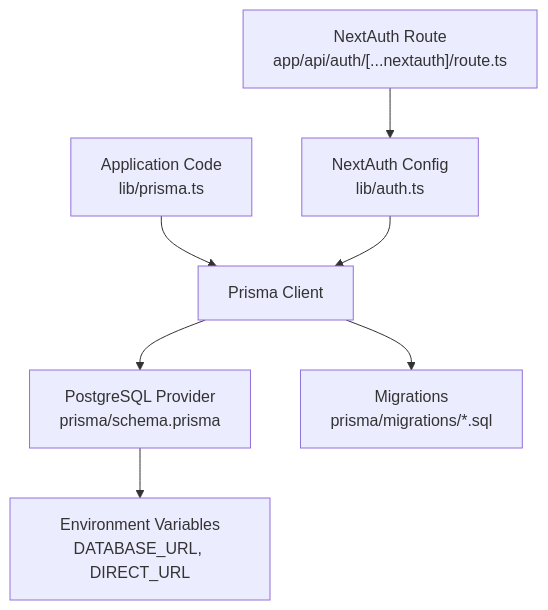
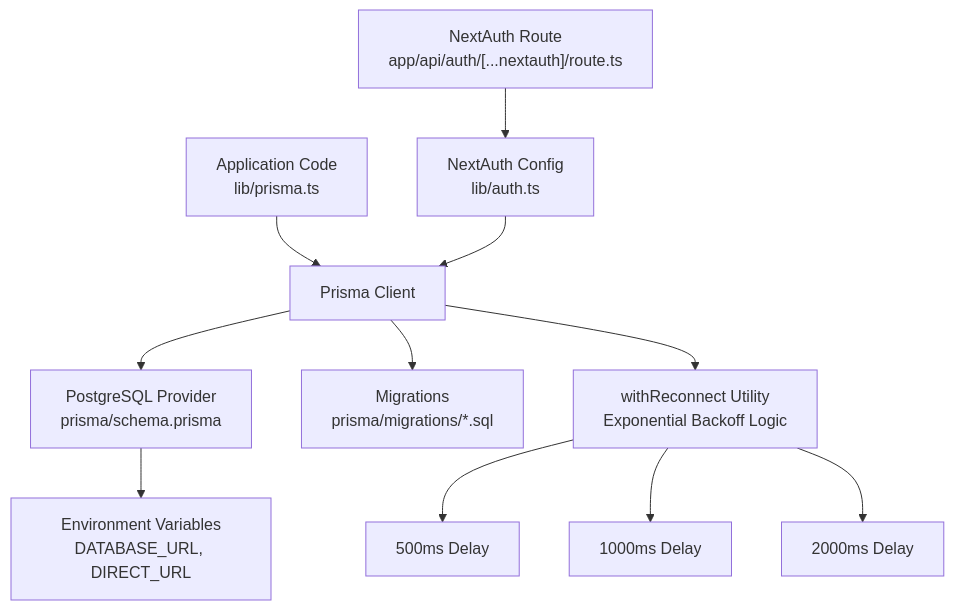
Before and after one commit to shekhargiri005-dotcom/AI-powered-accessibility-first-UI-engine: the second of 11 diagrams in .qoder/repowiki/en/content/Database & Data Layer/Prisma ORM Configuration.md, drawn with Mermaid. The commit also changed other lines of this file and 20 other files, not shown here.

````diff
--- a/.qoder/repowiki/en/content/Database & Data Layer/Prisma ORM Configuration.md
+++ b/.qoder/repowiki/en/content/Database & Data Layer/Prisma ORM Configuration.md
@@ -108,9 +134,13 @@
 ```mermaid
 graph TB
 CLIENT["Application Code<br/>lib/prisma.ts"] --> PRISMA["Prisma Client"]
 PRISMA --> DS["PostgreSQL Provider<br/>prisma/schema.prisma"]
 DS --> ENV["Environment Variables<br/>DATABASE_URL, DIRECT_URL"]
 AUTH_ROUTE["NextAuth Route<br/>app/api/auth/[...nextauth]/route.ts"] --> AUTH_CFG["NextAuth Config<br/>lib/auth.ts"]
 AUTH_CFG --> PRISMA
 PRISMA --> MIG["Migrations<br/>prisma/migrations/*.sql"]
+PRISMA --> RECONNECT["withReconnect Utility<br/>Exponential Backoff Logic"]
+RECONNECT --> RETRY1["500ms Delay"]
+RECONNECT --> RETRY2["1000ms Delay"]
+RECONNECT --> RETRY3["2000ms Delay"]
 ```
````
